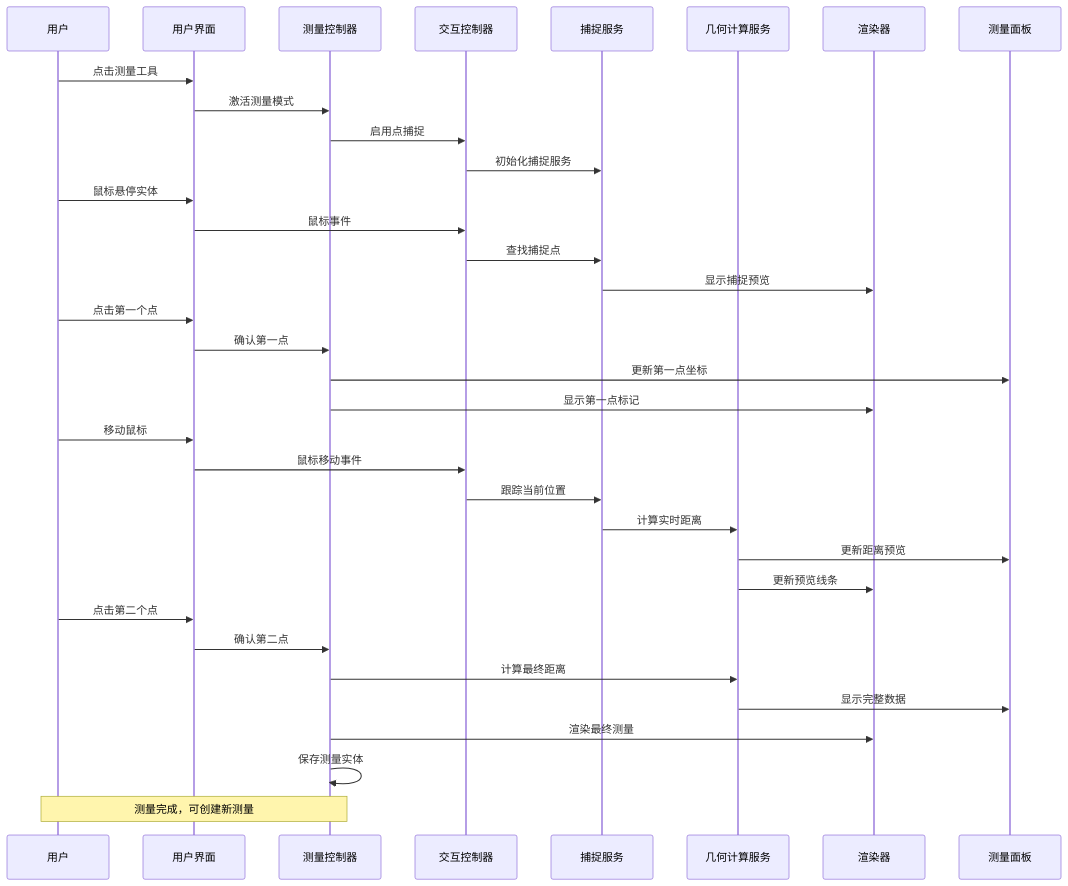
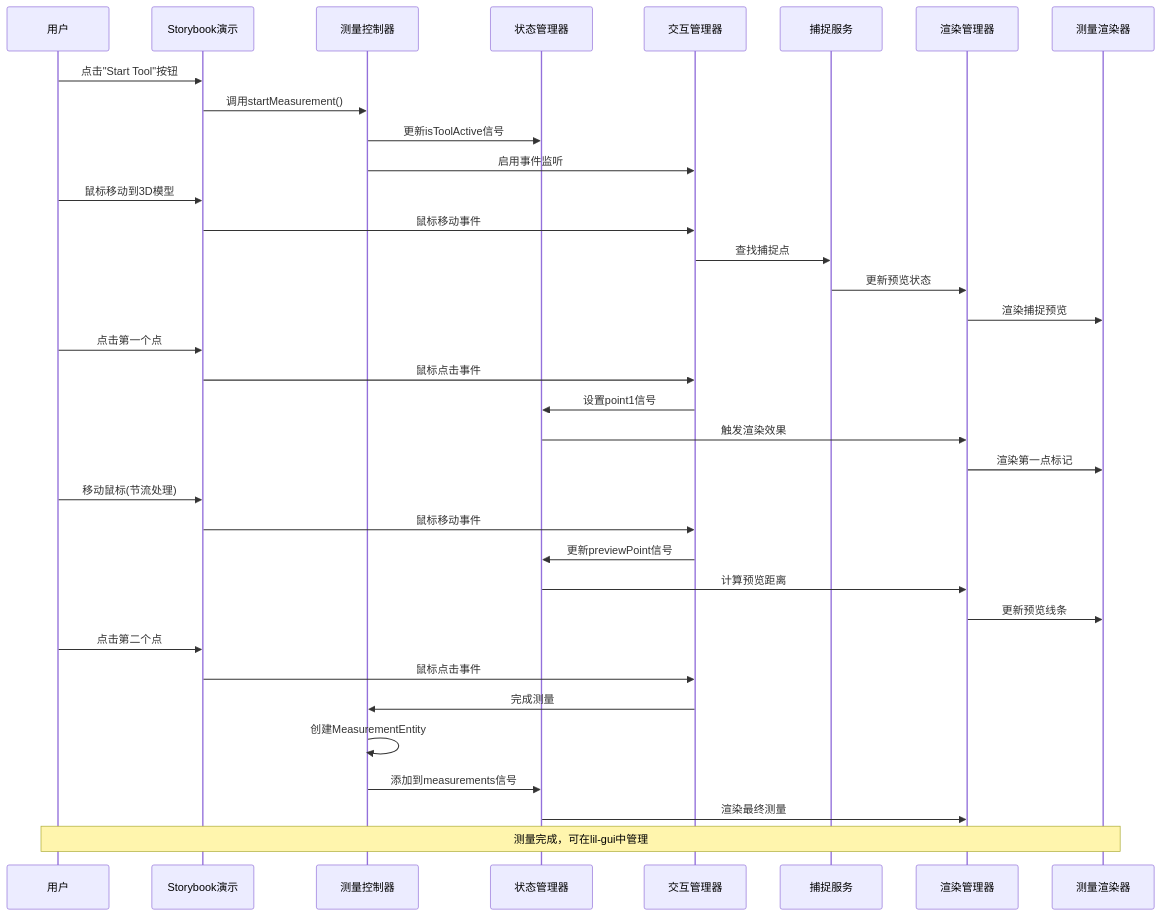
Before and after one commit to sjzsdu/tong-notes: the third of 14 diagrams in content/posts/magicloud/uvf/task_measure.md, drawn with Mermaid. The commit also changed other lines of this file and 97 other files, not shown here.

Commit message:
feat(crewai): describe execution flow and design patterns

````diff
--- a/content/posts/magicloud/uvf/task_measure.md
+++ b/content/posts/magicloud/uvf/task_measure.md
@@ -113,42 +120,43 @@
 ```mermaid
 sequenceDiagram
     participant User as 用户
-    participant UI as 用户界面
+    participant Story as Storybook演示
     participant MC as 测量控制器
-    participant IC as 交互控制器
+    participant SM as 状态管理器
+    participant IM as 交互管理器
     participant SS as 捕捉服务
-    participant GCS as 几何计算服务
-    participant Renderer as 渲染器
-    participant Panel as 测量面板
+    participant RM as 渲染管理器
+    participant Renderer as 测量渲染器
     
-    User->>UI: 点击测量工具
-    UI->>MC: 激活测量模式
-    MC->>IC: 启用点捕捉
-    IC->>SS: 初始化捕捉服务
+    User->>Story: 点击"Start Tool"按钮
+    Story->>MC: 调用startMeasurement()
+    MC->>SM: 更新isToolActive信号
+    MC->>IM: 启用事件监听
     
-    User->>UI: 鼠标悬停实体
-    UI->>IC: 鼠标事件
-    IC->>SS: 查找捕捉点
-    SS->>Renderer: 显示捕捉预览
+    User->>Story: 鼠标移动到3D模型
+    Story->>IM: 鼠标移动事件
+    IM->>SS: 查找捕捉点
+    SS->>RM: 更新预览状态
+    RM->>Renderer: 渲染捕捉预览
     
-    User->>UI: 点击第一个点
-    UI->>MC: 确认第一点
-    MC->>Panel: 更新第一点坐标
-    MC->>Renderer: 显示第一点标记
+    User->>Story: 点击第一个点
+    Story->>IM: 鼠标点击事件
+    IM->>SM: 设置point1信号
+    SM->>RM: 触发渲染效果
+    RM->>Renderer: 渲染第一点标记
     
-    User->>UI: 移动鼠标
-    UI->>IC: 鼠标移动事件
-    IC->>SS: 跟踪当前位置
-    SS->>GCS: 计算实时距离
-    GCS->>Panel: 更新距离预览
-    GCS->>Renderer: 更新预览线条
+    User->>Story: 移动鼠标(节流处理)
+    Story->>IM: 鼠标移动事件
+    IM->>SM: 更新previewPoint信号
+    SM->>RM: 计算预览距离
+    RM->>Renderer: 更新预览线条
     
-    User->>UI: 点击第二个点
-    UI->>MC: 确认第二点
-    MC->>GCS: 计算最终距离
-    GCS->>Panel: 显示完整数据
-    MC->>Renderer: 渲染最终测量
-    MC->>MC: 保存测量实体
+    User->>Story: 点击第二个点
+    Story->>IM: 鼠标点击事件
+    IM->>MC: 完成测量
+    MC->>MC: 创建MeasurementEntity
+    MC->>SM: 添加到measurements信号
+    SM->>RM: 渲染最终测量
     
-    Note over User, MC: 测量完成，可创建新测量
+    Note over User, Renderer: 测量完成，可在lil-gui中管理
 ```
````
